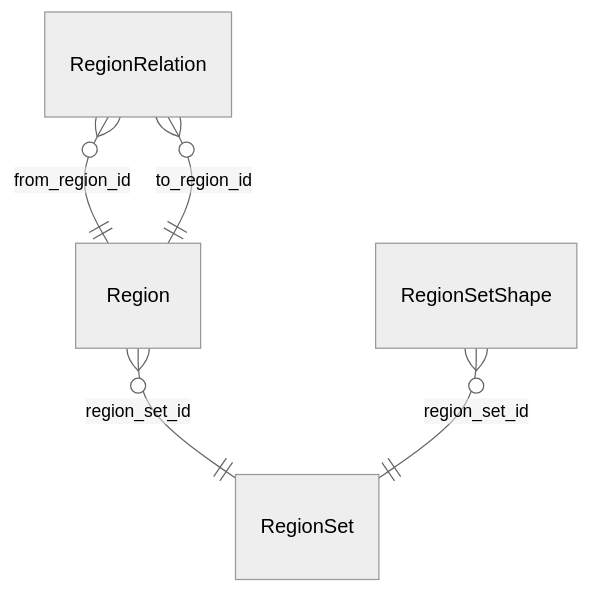
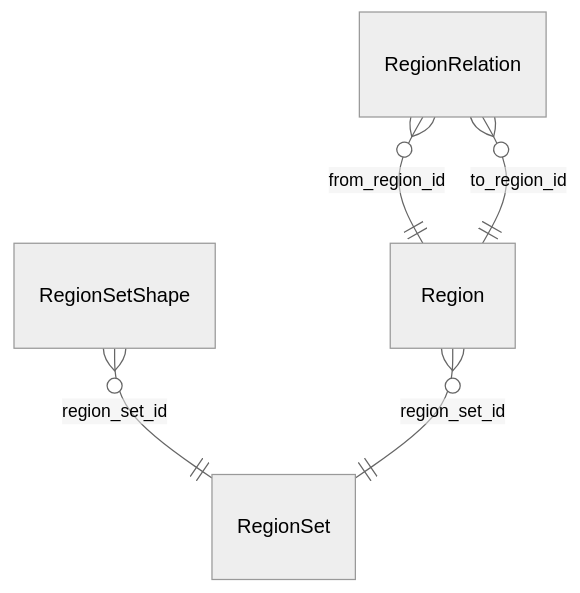
One commit to RIVM-bioinformatics/gen-epix-api changed the diagram in docs/erm/casedb.geo.md. Above: the diagram before and after it, drawn with Mermaid (neutral theme). The commit also changed other lines of this file and 158 other files, not shown here.

````diff
--- a/docs/erm/casedb.geo.md
+++ b/docs/erm/casedb.geo.md
@@ -5,11 +5,11 @@
 ```mermaid
 erDiagram
     %% casedb / GEO (simplified)
 
     %% Relationships
+    RegionSetShape }o--|| RegionSet : "region_set_id"
     RegionRelation }o--|| Region : "from_region_id"
     RegionRelation }o--|| Region : "to_region_id"
     Region }o--|| RegionSet : "region_set_id"
-    RegionSetShape }o--|| RegionSet : "region_set_id"
 
 ```
````
